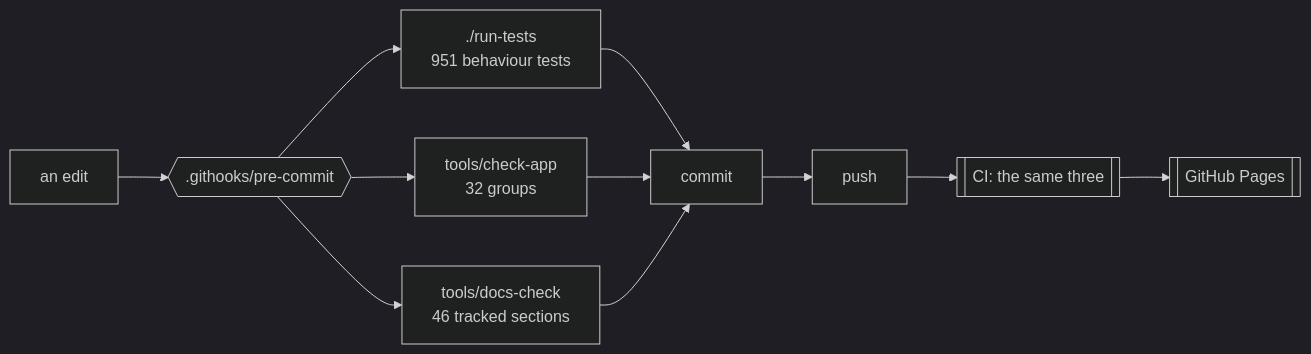
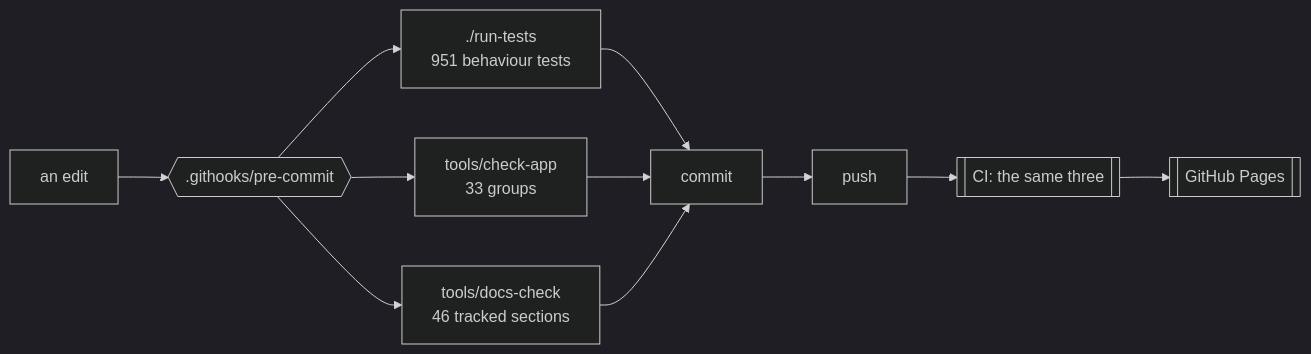
The first of 3 diagrams in docs/DEVELOPING.md (minormending/crystal-pilot-mobile), drawn with Mermaid (dark theme) before and after one commit. The commit also changed other lines of this file and 5 other files, not shown here.

````diff
--- a/docs/DEVELOPING.md
+++ b/docs/DEVELOPING.md
@@ -15,12 +15,12 @@
 ```mermaid
 flowchart LR
     E[an edit] --> H{{".githooks/pre-commit"}}
     H --> T["./run-tests<br/>951 behaviour tests"]
-    H --> C["tools/check-app<br/>32 groups"]
+    H --> C["tools/check-app<br/>33 groups"]
     H --> D["tools/docs-check<br/>46 tracked sections"]
     T --> OK[commit]
     C --> OK
     D --> OK
     OK --> P[push] --> CI[["CI: the same three"]]
     CI --> PG[[GitHub Pages]]
 ```
````
